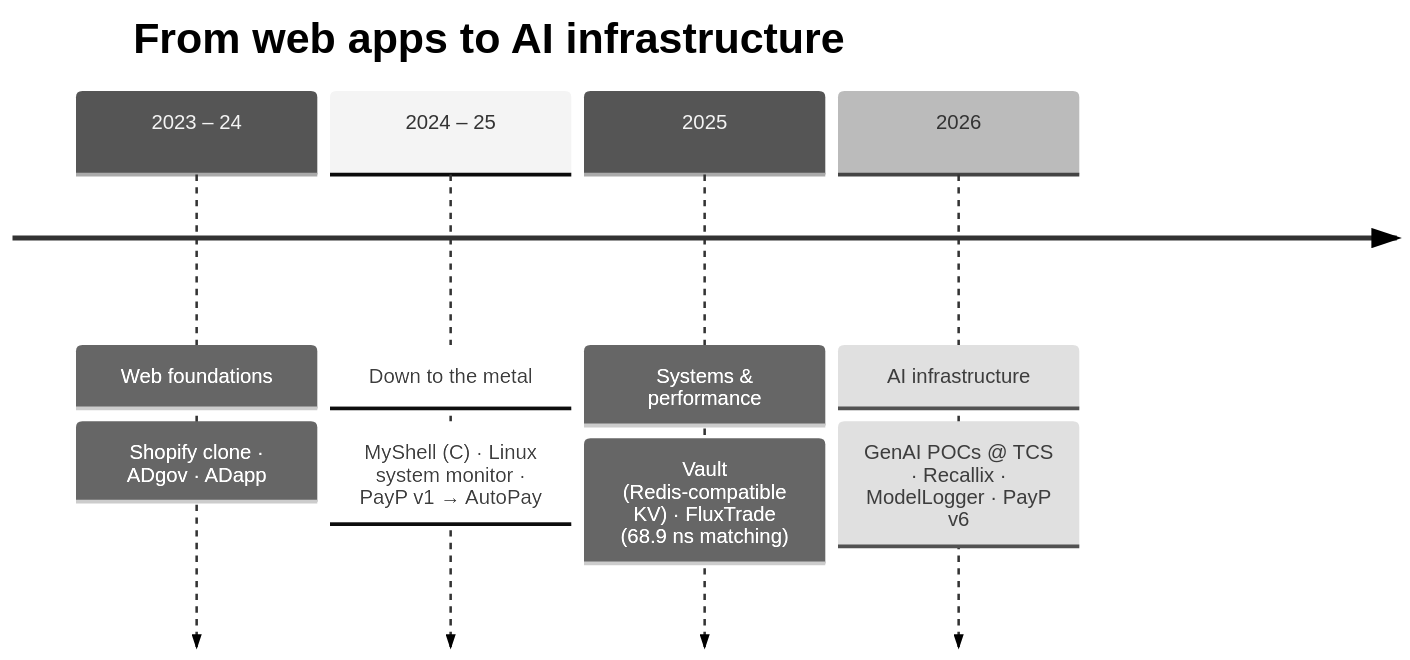
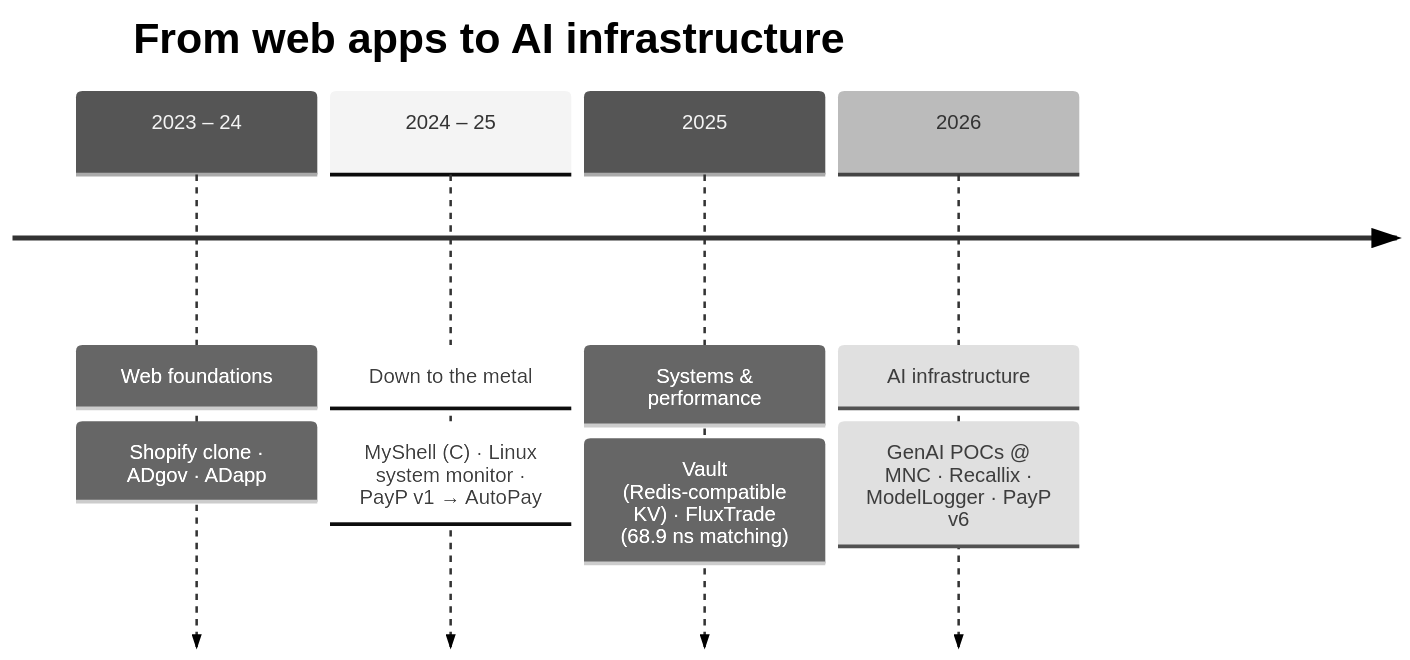
Before and after one commit to AyishikD/AyishikD: the second of 2 diagrams in README.md, drawn with Mermaid (neutral theme). The commit also changed other lines of this file, not shown here.

Commit message:
Replace employer name with MNC

````diff
--- a/README.md
+++ b/README.md
@@ -94,8 +94,8 @@
 ```mermaid
 timeline
     title From web apps to AI infrastructure
     2023 – 24 : Web foundations : Shopify clone · ADgov · ADapp
     2024 – 25 : Down to the metal : MyShell (C) · Linux system monitor · PayP v1 → AutoPay
     2025      : Systems & performance : Vault (Redis-compatible KV) · FluxTrade (68.9 ns matching)
-    2026      : AI infrastructure : GenAI POCs @ TCS · Recallix · ModelLogger · PayP v6
+    2026      : AI infrastructure : GenAI POCs @ MNC · Recallix · ModelLogger · PayP v6
 ```
````
